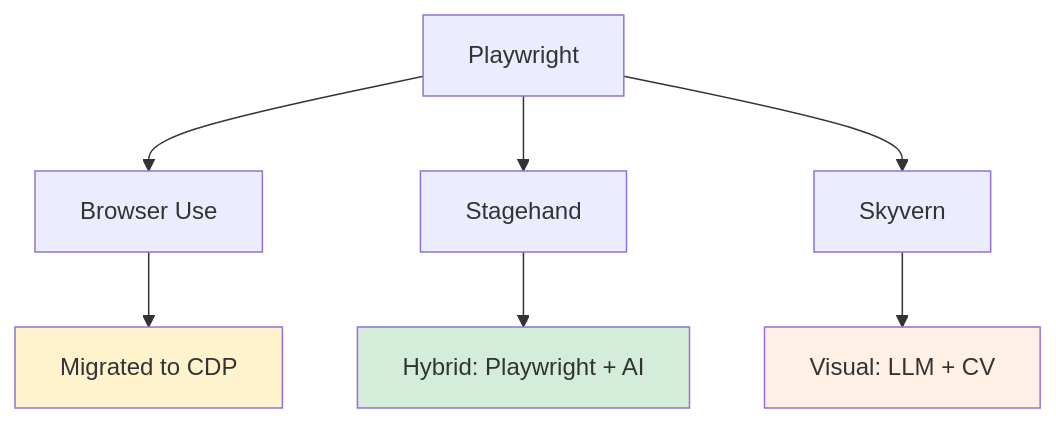
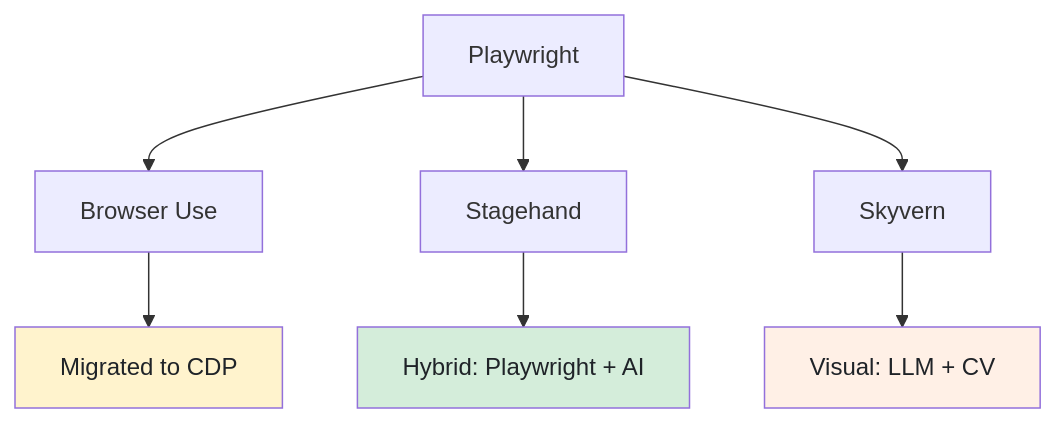
One commit to bytetunnels/bytetunnels.github.com changed diagram 11 of 11 in _posts/2026-03-05-playwright-for-browser-automation-in-ai-agents.md. Above: the diagram before and after it, drawn with Mermaid. The commit also changed other lines of this file and 118 other files, not shown here.

Commit message:
feat: improve diagram styling and compact wide flowcharts

````diff
--- a/_posts/2026-03-05-playwright-for-browser-automation-in-ai-agents.md
+++ b/_posts/2026-03-05-playwright-for-browser-automation-in-ai-agents.md
@@ -699,12 +699,12 @@
 ```mermaid
 graph TD
     PW[Playwright] --> BU[Browser Use]
     PW --> SH[Stagehand]
     PW --> SK[Skyvern]
     BU --> CDP["Migrated to CDP"]
     SH --> HY["Hybrid: Playwright + AI"]
     SK --> VIS["Visual: LLM + CV"]
-    style CDP fill:#fff3cd
-    style HY fill:#d4edda
-    style VIS fill:#fff0e6
+    style CDP fill:#fff3cd,color:#1f2328
+    style HY fill:#d4edda,color:#1f2328
+    style VIS fill:#fff0e6,color:#1f2328
 ```
````
